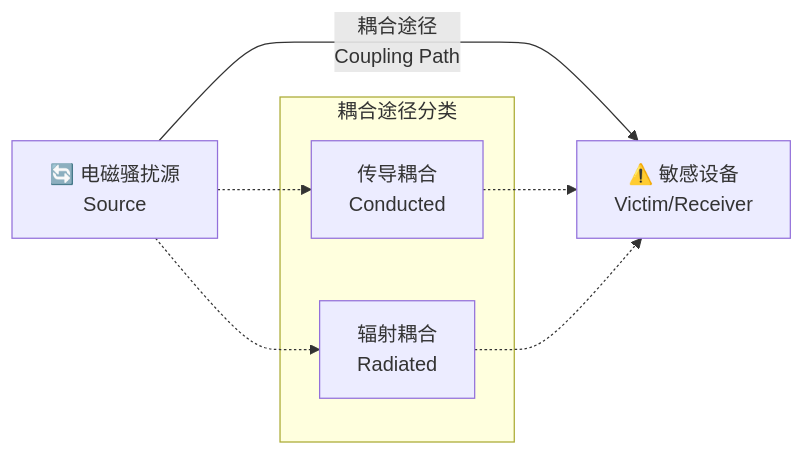
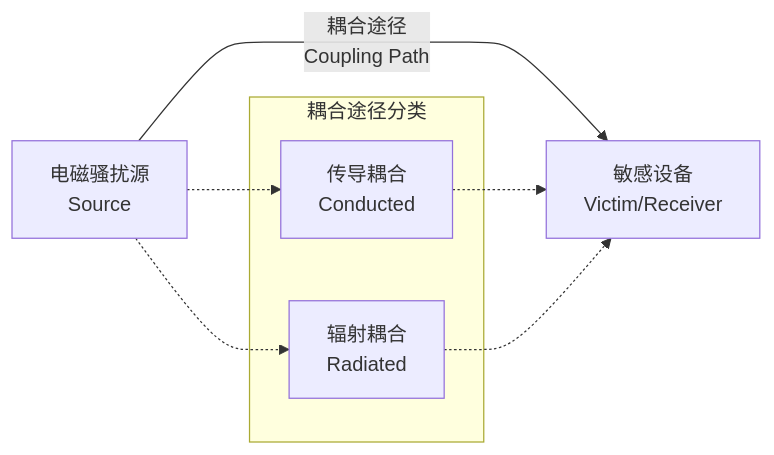
One commit to huoli4844/chateacher-emc changed the second of 7 diagrams in output/第1章-绪论.md. Above: the diagram before and after it, drawn with Mermaid. The commit also changed other lines of this file, not shown here.

Commit message:
fix: 移除Mermaid图中所有emoji（🔄⚠️🚫📋⭐⭐⭐⭐⭐），修复渲染问题

````diff
--- a/output/第1章-绪论.md
+++ b/output/第1章-绪论.md
@@ -99,12 +99,12 @@
 ```mermaid
 graph LR
-    S["🔄 电磁骚扰源<br>Source"] -->|"耦合途径<br>Coupling Path"| V["⚠️ 敏感设备<br>Victim/Receiver"]
+    S["电磁骚扰源<br>Source"] -->|"耦合途径<br>Coupling Path"| V["敏感设备<br>Victim/Receiver"]
     
     subgraph "耦合途径分类"
         C1["传导耦合<br>Conducted"]
         C2["辐射耦合<br>Radiated"]
     end
     
     S -.-> C1 -.-> V
     S -.-> C2 -.-> V
 ```
````
